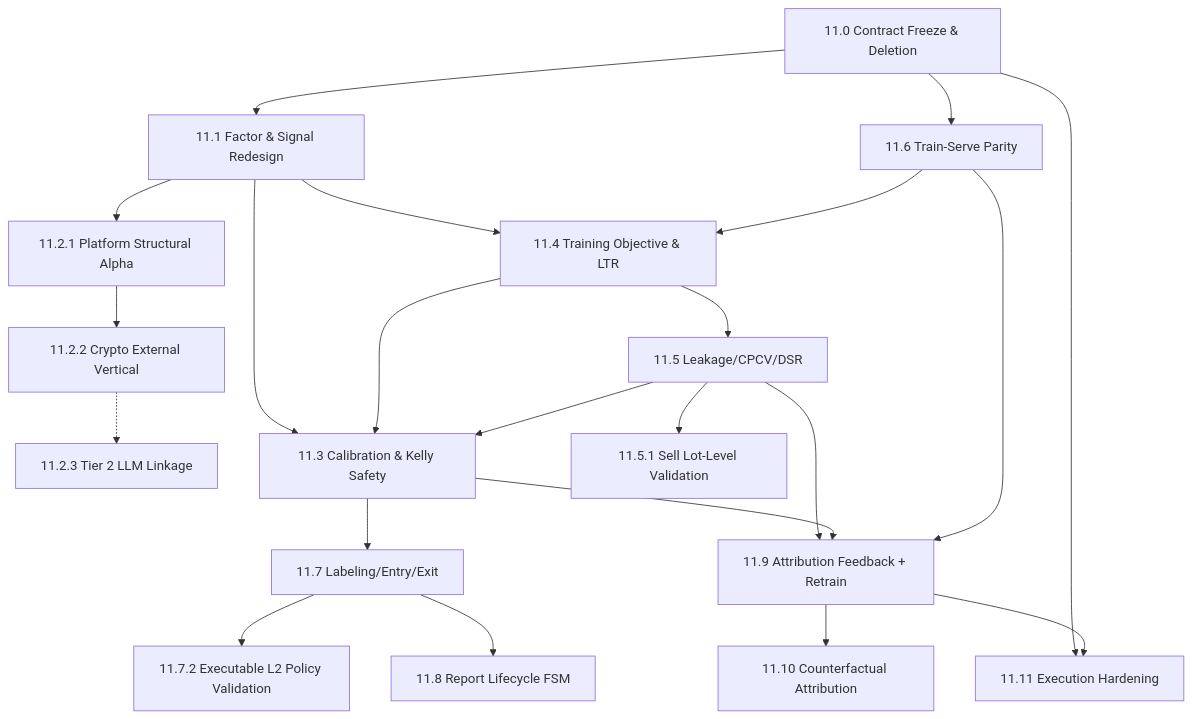
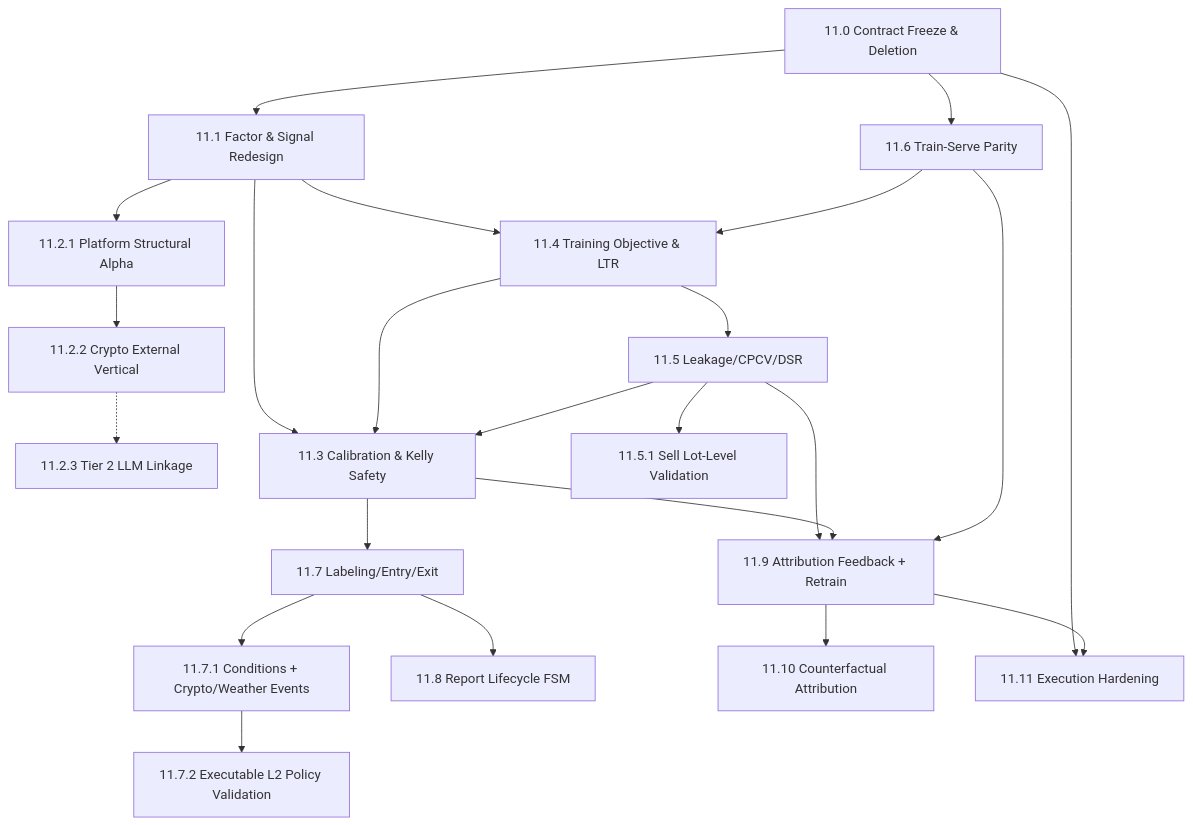
One commit to solomon-ssy/oxide-arb changed the diagram in docs/plans/quant-pivot/phase-11/README.md. Above: the diagram before and after it, drawn with Mermaid. The commit also changed other lines of this file and 224 other files, not shown here.

Commit message:
feat(api,core,models,repository,research,web,docs): 🎯 Phase 11.7.1 — composable entry conditions, domain-event loop, and crypto/weather verticals

````diff
--- a/docs/plans/quant-pivot/phase-11/README.md
+++ b/docs/plans/quant-pivot/phase-11/README.md
@@ -122,41 +123,43 @@
 ```mermaid
 flowchart TD
     P110["11.0 Contract Freeze & Deletion"]
     P111["11.1 Factor & Signal Redesign"]
     P1121["11.2.1 Platform Structural Alpha"]
     P1122["11.2.2 Crypto External Vertical"]
     P1123["11.2.3 Tier 2 LLM Linkage"]
     P113["11.3 Calibration & Kelly Safety"]
     P114["11.4 Training Objective & LTR"]
     P115["11.5 Leakage/CPCV/DSR"]
     P1151["11.5.1 Sell Lot-Level Validation"]
     P116["11.6 Train-Serve Parity"]
     P117["11.7 Labeling/Entry/Exit"]
+    P1171["11.7.1 Conditions + Crypto/Weather Events"]
     P1172["11.7.2 Executable L2 Policy Validation"]
     P118["11.8 Report Lifecycle FSM"]
     P119["11.9 Attribution Feedback + Retrain"]
     P1110["11.10 Counterfactual Attribution"]
     P1111["11.11 Execution Hardening"]
 
     P110 --> P111
     P110 --> P116
     P111 --> P1121
     P1121 --> P1122
     P1122 -.-> P1123
     P111 --> P114
     P116 --> P114
     P114 --> P115
     P111 --> P113
     P114 --> P113
     P115 --> P113
     P115 --> P1151
     P113 --> P117
-    P117 --> P1172
+    P117 --> P1171
+    P1171 --> P1172
     P117 --> P118
     P115 --> P119
     P113 --> P119
     P116 --> P119
     P119 --> P1110
     P110 --> P1111
     P119 --> P1111
 ```
````
